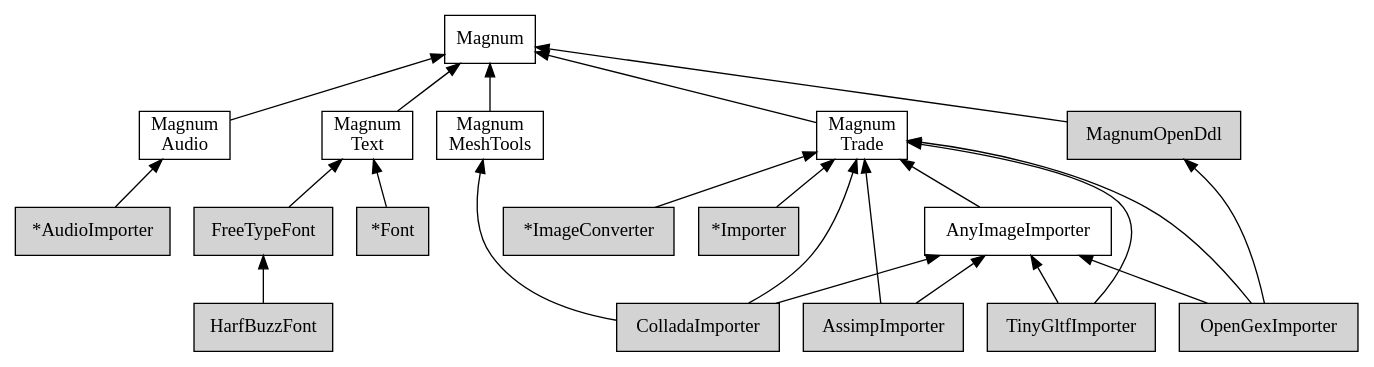
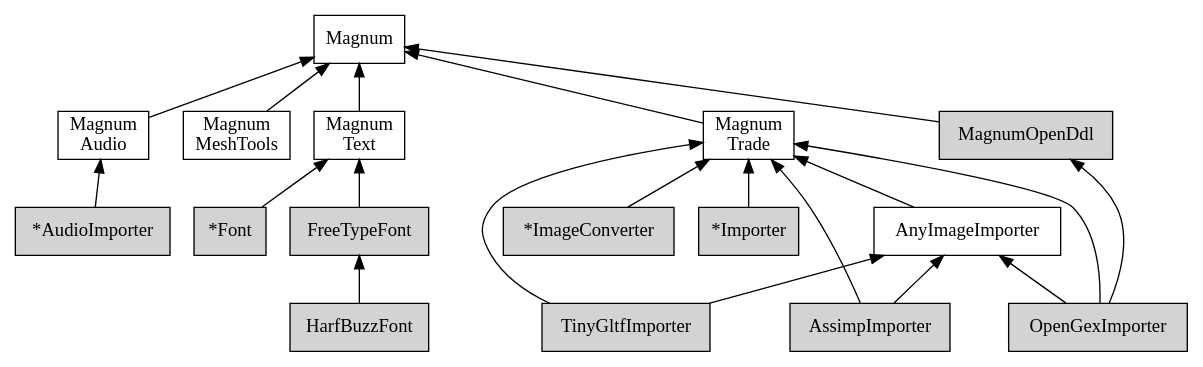
One commit to mosra/magnum-plugins changed the diagram in doc/custom-buildsystems-plugins-order.dot. Above: the diagram before and after it, drawn with Graphviz. The commit also changed 42 other files, not shown here.

Commit message:
ColladaImporter: BOOM.

```diff
--- a/doc/custom-buildsystems-plugins-order.dot
+++ b/doc/custom-buildsystems-plugins-order.dot
@@ -1,81 +1,77 @@
 /*
     This file is part of Magnum.
 
     Copyright © 2010, 2011, 2012, 2013, 2014, 2015, 2016, 2017, 2018, 2019
               Vladimír Vondruš <mosra@centrum.cz>
 
     Permission is hereby granted, free of charge, to any person obtaining a
     copy of this software and associated documentation files (the "Software"),
     to deal in the Software without restriction, including without limitation
     the rights to use, copy, modify, merge, publish, distribute, sublicense,
     and/or sell copies of the Software, and to permit persons to whom the
     Software is furnished to do so, subject to the following conditions:
 
     The above copyright notice and this permission notice shall be included
     in all copies or substantial portions of the Software.
 
     THE SOFTWARE IS PROVIDED "AS IS", WITHOUT WARRANTY OF ANY KIND, EXPRESS OR
     IMPLIED, INCLUDING BUT NOT LIMITED TO THE WARRANTIES OF MERCHANTABILITY,
     FITNESS FOR A PARTICULAR PURPOSE AND NONINFRINGEMENT. IN NO EVENT SHALL
     THE AUTHORS OR COPYRIGHT HOLDERS BE LIABLE FOR ANY CLAIM, DAMAGES OR OTHER
     LIABILITY, WHETHER IN AN ACTION OF CONTRACT, TORT OR OTHERWISE, ARISING
     FROM, OUT OF OR IN CONNECTION WITH THE SOFTWARE OR THE USE OR OTHER
     DEALINGS IN THE SOFTWARE.
 */
 
 digraph "Magnum Plugins dependency order" {
     rankdir=BT
     ranksep=0.5
     node [style=filled shape=rect margin="0.03,0.03"]
 
     Magnum [style=solid class="m-info"]
     MagnumAudio [style=solid label="Magnum\nAudio" class="m-info"]
     MagnumMeshTools [style=solid label="Magnum\nMeshTools" class="m-info"]
     MagnumText [style=solid label="Magnum\nText" class="m-info"]
     MagnumTrade [style=solid label="Magnum\nTrade" class="m-info"]
 
     {rank=same MagnumAudio MagnumMeshTools MagnumText MagnumTrade}
 
     AnyImageImporter [style=solid class="m-success"]
 
     MagnumOpenDdl [class="m-info"]
 
     AudioImporter [label="*AudioImporter" class="m-success"]
     ImageConverter [label="*ImageConverter" class="m-success"]
     Importer [label="*Importer" class="m-success"]
     Font [label="*Font" class="m-success"]
 
     AssimpImporter [class="m-success"]
-    ColladaImporter [class="m-dim"]
     FreeTypeFont [class="m-success"]
     HarfBuzzFont [class="m-success"]
     OpenGexImporter [class="m-success"]
     TinyGltfImporter [class="m-success"]
 
     MagnumAudio -> Magnum [class="m-info"]
     MagnumMeshTools -> Magnum [class="m-info"]
     MagnumText -> Magnum [class="m-info"]
     MagnumTrade -> Magnum [class="m-info"]
 
     AnyImageImporter -> MagnumTrade [class="m-success"]
 
     MagnumOpenDdl -> Magnum
 
     AudioImporter -> MagnumAudio
     ImageConverter -> MagnumTrade
     Importer -> MagnumTrade
     Font -> MagnumText
 
     AssimpImporter -> MagnumTrade
     AssimpImporter -> AnyImageImporter
-    ColladaImporter -> MagnumTrade [class="m-dim"]
-    ColladaImporter -> MagnumMeshTools [class="m-dim"]
-    ColladaImporter -> AnyImageImporter [class="m-dim"]
     FreeTypeFont -> MagnumText
     HarfBuzzFont -> FreeTypeFont
     OpenGexImporter -> MagnumTrade
     OpenGexImporter -> AnyImageImporter
     OpenGexImporter -> MagnumOpenDdl
     TinyGltfImporter -> MagnumTrade
     TinyGltfImporter -> AnyImageImporter
 }
```
